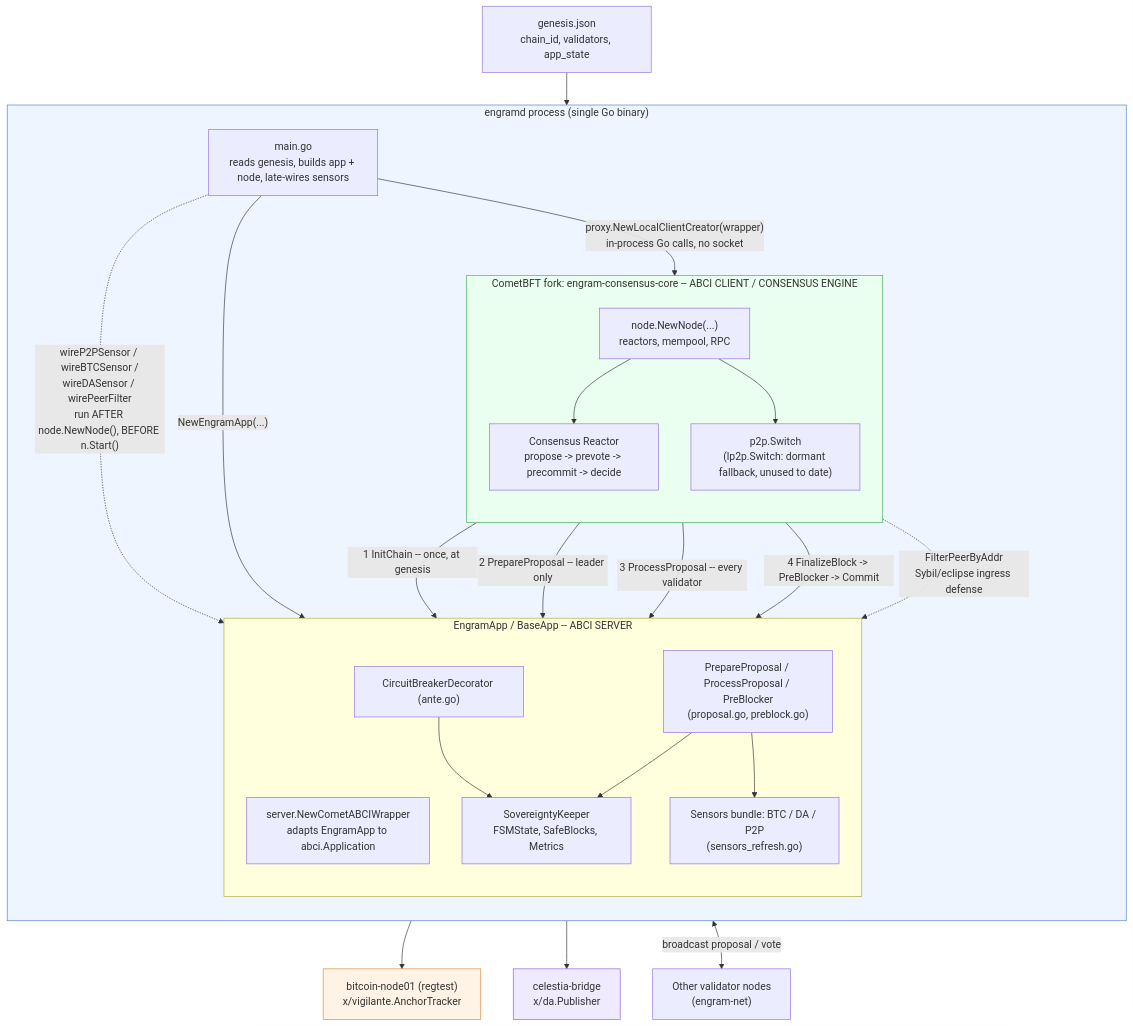
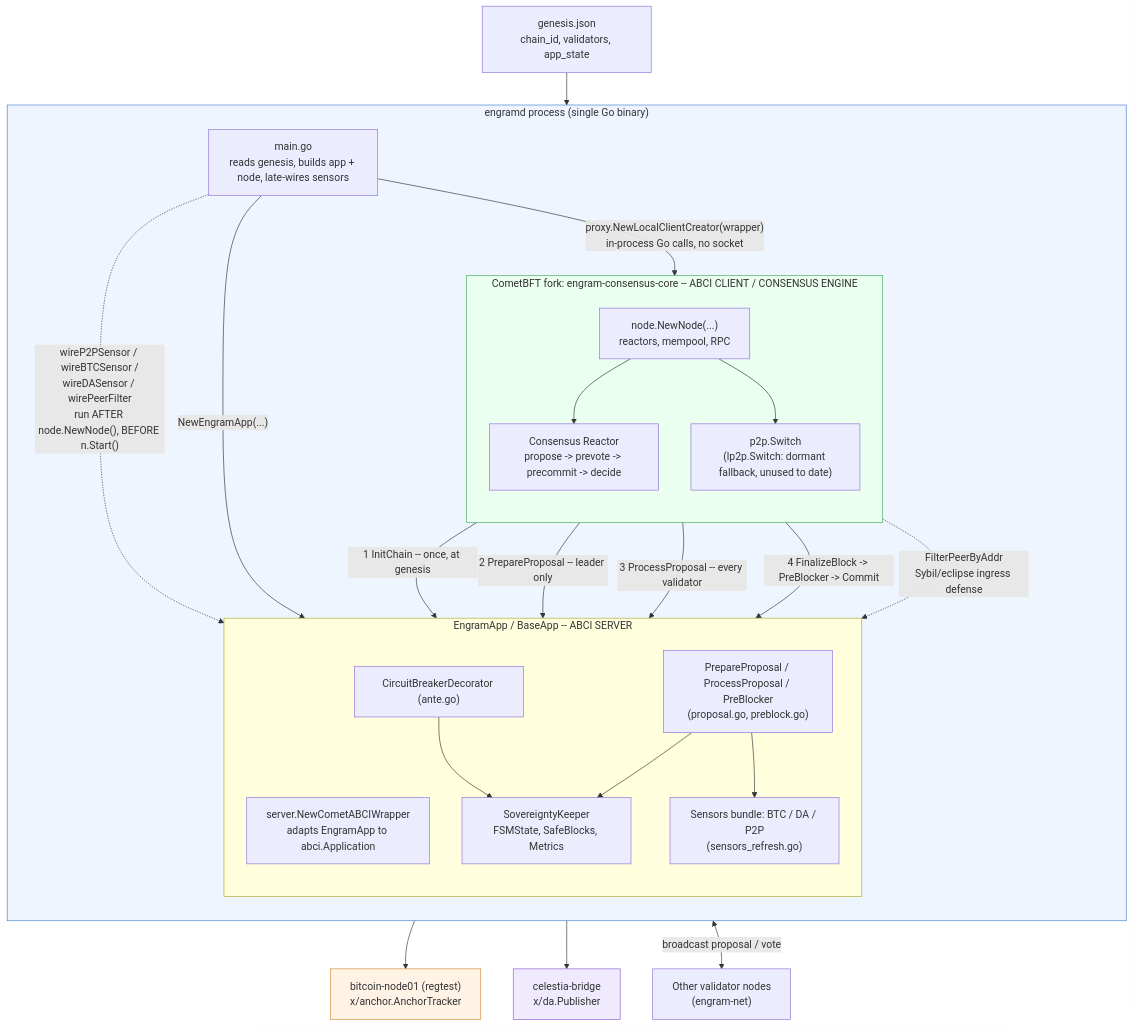
One commit to cuongct924/engram-sovereign-fsm changed the second of 3 diagrams in docs/ARCHITECTURE.md. Above: the diagram before and after it, drawn with Mermaid. The commit also changed other lines of this file and 17 other files, not shown here.

First line of the commit message:
refactor: rename x/vigilante to x/anchor

````diff
--- a/docs/ARCHITECTURE.md
+++ b/docs/ARCHITECTURE.md
@@ -145,55 +145,55 @@
 ```mermaid
 flowchart TB
     genfile["genesis.json<br/>chain_id, validators, app_state"]
 
     subgraph PROC["engramd process (single Go binary)"]
         direction TB
         mainfn["main.go<br/>reads genesis, builds app + node, late-wires sensors"]
 
         subgraph APP["EngramApp / BaseApp -- ABCI SERVER"]
             direction TB
             wrapper["server.NewCometABCIWrapper<br/>adapts EngramApp to abci.Application"]
             ante["CircuitBreakerDecorator (ante.go)"]
             hooks["PrepareProposal / ProcessProposal / PreBlocker<br/>(proposal.go, preblock.go)"]
             keeper["SovereigntyKeeper<br/>FSMState, SafeBlocks, Metrics"]
             sensors["Sensors bundle: BTC / DA / P2P<br/>(sensors_refresh.go)"]
         end
 
         subgraph NODE["CometBFT fork: engram-consensus-core -- ABCI CLIENT / CONSENSUS ENGINE"]
             direction TB
             nodenew["node.NewNode(...)<br/>reactors, mempool, RPC"]
             consensus["Consensus Reactor<br/>propose -> prevote -> precommit -> decide"]
             pswitch["p2p.Switch<br/>(lp2p.Switch: dormant fallback, unused to date)"]
         end
     end
 
     peer1["Other validator nodes<br/>(engram-net)"]
-    btc["bitcoin-node01 (regtest)<br/>x/vigilante.AnchorTracker"]
+    btc["bitcoin-node01 (regtest)<br/>x/anchor.AnchorTracker"]
     celestia["celestia-bridge<br/>x/da.Publisher"]
 
     genfile --> mainfn
     mainfn -->|"NewEngramApp(...)"| APP
     mainfn -->|"proxy.NewLocalClientCreator(wrapper)<br/>in-process Go calls, no socket"| nodenew
     nodenew --> consensus
     nodenew --> pswitch
     mainfn -.->|"wireP2PSensor / wireBTCSensor /<br/>wireDASensor / wirePeerFilter<br/>run AFTER node.NewNode(), BEFORE n.Start()"| sensors
 
     consensus -->|"1 InitChain -- once, at genesis"| hooks
     consensus -->|"2 PrepareProposal -- leader only"| hooks
     consensus -->|"3 ProcessProposal -- every validator"| hooks
     consensus -->|"4 FinalizeBlock -> PreBlocker -> Commit"| hooks
 
     hooks --> keeper
     hooks --> sensors
     ante --> keeper
     sensors --> btc
     sensors --> celestia
 
     pswitch <-->|"broadcast proposal / vote"| peer1
     pswitch -.->|"FilterPeerByAddr<br/>Sybil/eclipse ingress defense"| keeper
 
     style PROC fill:#eef5ff,stroke:#4a7fd6
     style NODE fill:#eaffef,stroke:#3fae5c
     style btc fill:#fff3e6,stroke:#d68a30
     style celestia fill:#f0eaff,stroke:#8a5fd6
 ```
````
